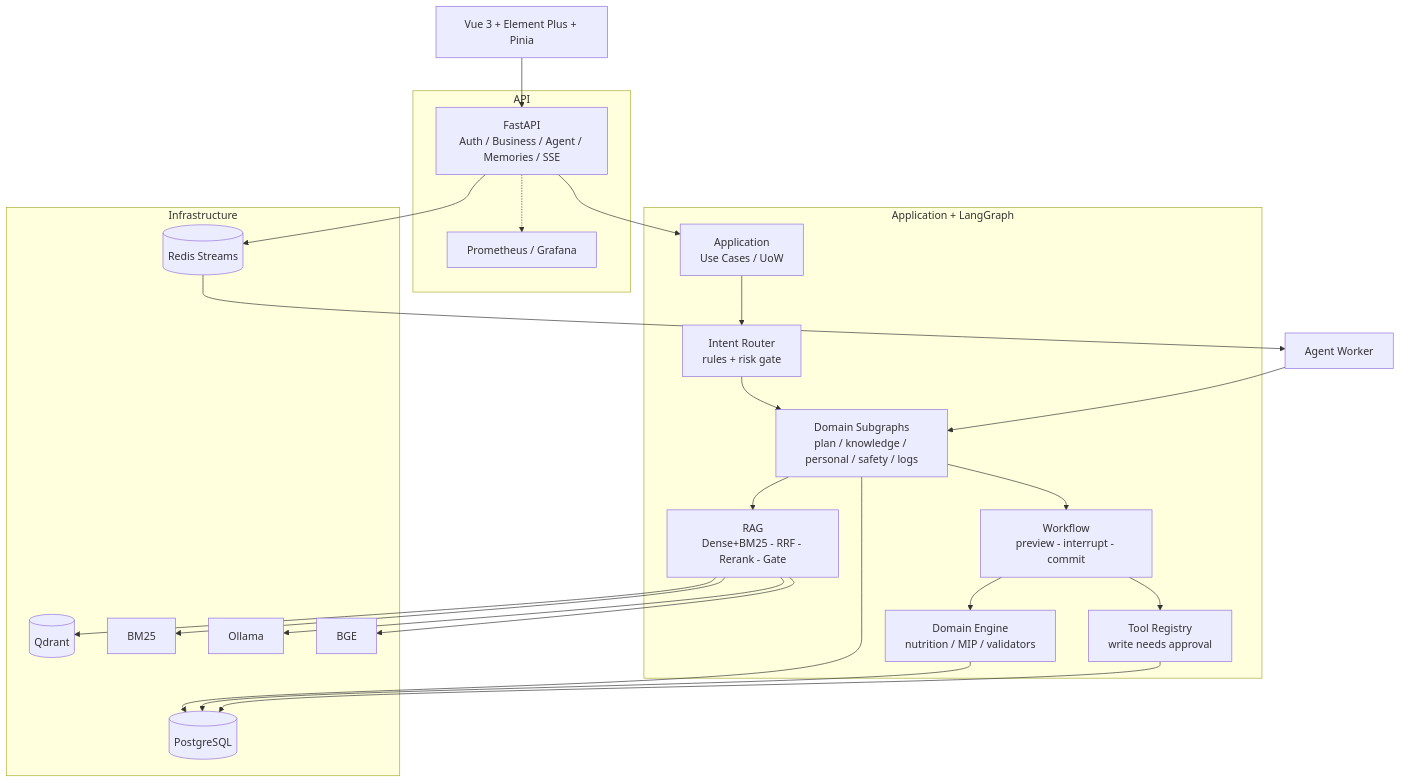
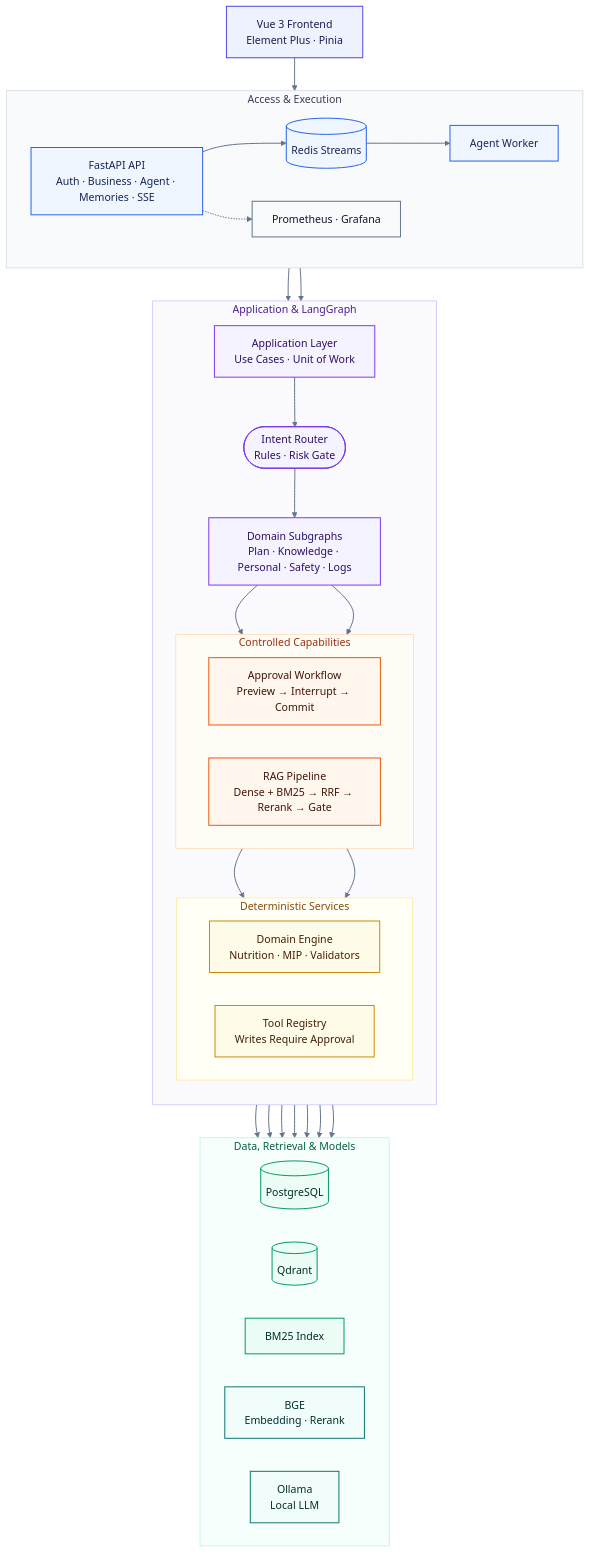
Before and after one commit to yytbjx/FitPilot: the diagram in README.md, drawn with Mermaid.

````diff
--- a/README.md
+++ b/README.md
@@ -55,50 +55,86 @@
 ```mermaid
 flowchart TB
-    Vue["Vue 3 + Element Plus + Pinia"]
+    UI["Vue 3 Frontend<br/>Element Plus · Pinia"]
 
-    subgraph apiLayer["API"]
-        API["FastAPI<br/>Auth / Business / Agent / Memories / SSE"]
-        Prom["Prometheus / Grafana"]
+    subgraph access["Access & Execution"]
+        direction LR
+        API["FastAPI API<br/>Auth · Business · Agent · Memories · SSE"]
+        Queue[("Redis Streams")]
+        Worker["Agent Worker"]
+        Observe["Prometheus · Grafana"]
+
+        API --> Queue --> Worker
+        API -.-> Observe
     end
 
-    subgraph agentLayer["Application + LangGraph"]
-        App["Application<br/>Use Cases / UoW"]
-        Router["Intent Router<br/>rules + risk gate"]
-        SG["Domain Subgraphs<br/>plan / knowledge / personal / safety / logs"]
-        WF["Workflow<br/>preview - interrupt - commit"]
-        RAG["RAG<br/>Dense+BM25 - RRF - Rerank - Gate"]
-        Domain["Domain Engine<br/>nutrition / MIP / validators"]
-        Tools["Tool Registry<br/>write needs approval"]
+    subgraph core["Application & LangGraph"]
+        direction TB
+        App["Application Layer<br/>Use Cases · Unit of Work"]
+        Router(["Intent Router<br/>Rules · Risk Gate"])
+        Graphs["Domain Subgraphs<br/>Plan · Knowledge · Personal · Safety · Logs"]
+
+        subgraph capabilities["Controlled Capabilities"]
+            direction LR
+            Workflow["Approval Workflow<br/>Preview → Interrupt → Commit"]
+            RAG["RAG Pipeline<br/>Dense + BM25 → RRF → Rerank → Gate"]
+        end
+
+        subgraph services["Deterministic Services"]
+            direction LR
+            Domain["Domain Engine<br/>Nutrition · MIP · Validators"]
+            Tools["Tool Registry<br/>Writes Require Approval"]
+        end
+
+        App --> Router --> Graphs
+        Graphs --> Workflow
+        Graphs --> RAG
+        Workflow --> Domain
+        Workflow --> Tools
     end
 
-    subgraph infraLayer["Infrastructure"]
+    subgraph data["Data, Retrieval & Models"]
+        direction LR
         PG[("PostgreSQL")]
-        Redis[("Redis Streams")]
         Qdrant[("Qdrant")]
-        BM25["BM25"]
-        Ollama["Ollama"]
-        BGE["BGE"]
+        BM25["BM25 Index"]
+        BGE["BGE<br/>Embedding · Rerank"]
+        Ollama["Ollama<br/>Local LLM"]
     end
 
-    Worker["Agent Worker"]
-
-    Vue --> API
+    UI --> API
     API --> App
-    API -.-> Prom
-    App --> Router
-    Router --> SG
-    SG --> WF
-    SG --> RAG
-    WF --> Domain
-    WF --> Tools
-    API --> Redis
-    Redis --> Worker
-    Worker --> SG
-    SG --> PG
+    Worker --> Graphs
+    Graphs --> PG
     Domain --> PG
     Tools --> PG
     RAG --> Qdrant
     RAG --> BM25
     RAG --> BGE
     RAG --> Ollama
+
+    classDef client fill:#EEF2FF,stroke:#4F46E5,color:#1E1B4B,stroke-width:1.5px;
+    classDef gateway fill:#EFF6FF,stroke:#2563EB,color:#172554,stroke-width:1.5px;
+    classDef agent fill:#F5F3FF,stroke:#7C3AED,color:#2E1065,stroke-width:1.5px;
+    classDef control fill:#FFF7ED,stroke:#EA580C,color:#431407,stroke-width:1.5px;
+    classDef engine fill:#FEFCE8,stroke:#CA8A04,color:#422006,stroke-width:1.5px;
+    classDef storage fill:#ECFDF5,stroke:#059669,color:#022C22,stroke-width:1.5px;
+    classDef model fill:#F0FDFA,stroke:#0F766E,color:#042F2E,stroke-width:1.5px;
+    classDef observe fill:#F8FAFC,stroke:#64748B,color:#0F172A,stroke-width:1.5px;
+
+    class UI client;
+    class API,Queue,Worker gateway;
+    class App,Router,Graphs agent;
+    class Workflow,RAG control;
+    class Domain,Tools engine;
+    class PG,Qdrant,BM25 storage;
+    class BGE,Ollama model;
+    class Observe observe;
+
+    linkStyle default stroke:#64748B,stroke-width:1.5px;
+
+    style access fill:#F8FAFC,stroke:#CBD5E1,stroke-width:1px,color:#334155
+    style core fill:#FAFAFF,stroke:#C4B5FD,stroke-width:1px,color:#4C1D95
+    style capabilities fill:#FFFBF5,stroke:#FED7AA,stroke-width:1px,color:#9A3412
+    style services fill:#FFFFF5,stroke:#FDE68A,stroke-width:1px,color:#854D0E
+    style data fill:#F6FFFB,stroke:#A7F3D0,stroke-width:1px,color:#065F46
 ```
````
